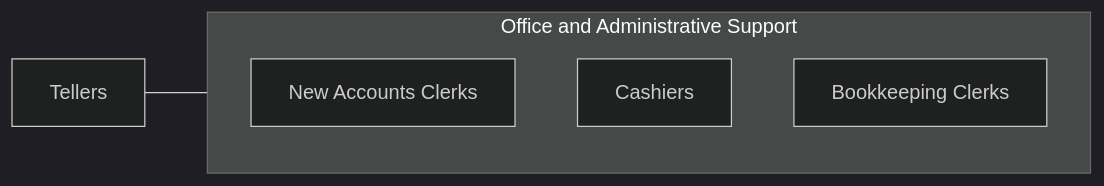
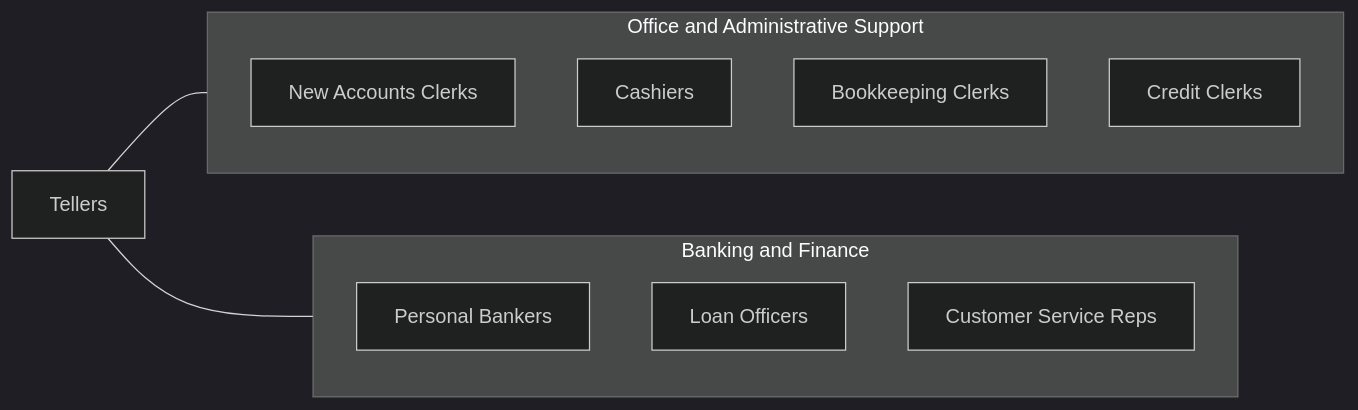
The fourth of 4 diagrams in occupations/Administrative/Tellers.mdx (kziemski/business.org.ai), drawn with Mermaid (dark theme) before and after one commit. The commit also changed other lines of this file and 19 other files, not shown here.

````diff
--- a/occupations/Administrative/Tellers.mdx
+++ b/occupations/Administrative/Tellers.mdx
@@ -102,10 +221,20 @@
 ```mermaid
 graph LR
     Current["Tellers"]
+
     subgraph SameCategory["Office and Administrative Support"]
-        RNewAccountsClerks["New Accounts Clerks"]
-        RCashiers["Cashiers"]
-        RBookkeepingClerks["Bookkeeping Clerks"]
+        NewAccountsClerks["New Accounts Clerks"]
+        Cashiers["Cashiers"]
+        BookkeepingClerks["Bookkeeping Clerks"]
+        CreditClerks["Credit Clerks"]
     end
+
+    subgraph CrossFunctional["Banking and Finance"]
+        PersonalBankers["Personal Bankers"]
+        LoanOfficers["Loan Officers"]
+        CustomerServiceReps["Customer Service Reps"]
+    end
+
     Current --- SameCategory
+    Current --- CrossFunctional
 ```
````
